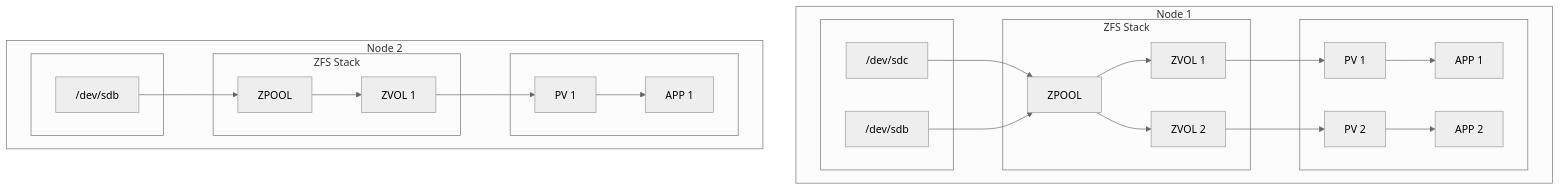
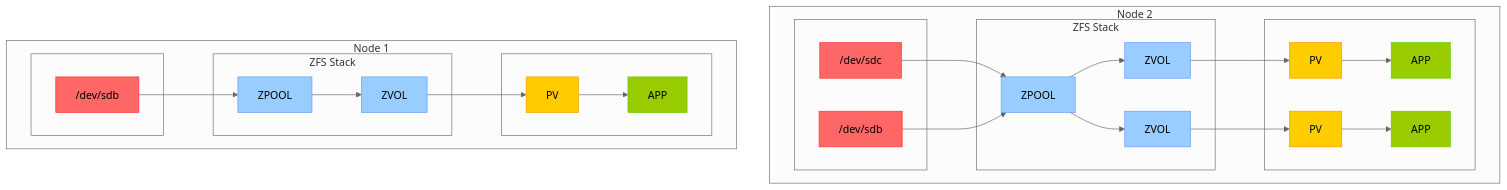
The diagram in README.md (openebs/zfs-localpv), drawn with Mermaid (neutral theme) before and after one commit. The commit also changed other lines of this file and 2 other files, not shown here.

Commit message:
chore: update changelog, release and readme

````diff
--- a/README.md
+++ b/README.md
@@ -33,32 +35,44 @@
 ```mermaid
 graph TD;
-  subgraph Node1["Node 1"]
-    subgraph K8S NODE 1[" "]
-      NODE_1_PV1["PV 1"] --> NODE_1_APP1["APP 1"]
-      NODE_1_PV2["PV 2"] --> NODE_1_APP2["APP 2"]
+  subgraph Node2["Node 2"]
+    subgraph K8S_NODE1[" "]
+      N1_PV1["PV"] --> N1_APP1["APP"]
+      N1_PV2["PV"] --> N1_APP2["APP"]
     end
-    subgraph ZFS Stack 2["ZFS Stack"]
-      ZPOOL_1_1 --> ZVOL1_1["ZVOL 1"]
-      ZPOOL_1_1 --> ZVOL3_1["ZVOL 2"]
-      ZVOL1_1["ZVOL 1"] --> NODE_1_PV1 
-      ZVOL3_1["ZVOL 2"] --> NODE_1_PV2
+    subgraph LVM_Stack2["ZFS Stack"]
+      V1_1 --> L1_1["ZVOL"]
+      V1_1 --> L3_1["ZVOL"]
+      L1_1 --> N1_PV1 
+      L3_1 --> N1_PV2
     end
     subgraph Blockdevices1[" "]
-      NODE_1_DISK_1["/dev/sdc"] --> ZPOOL_1_1["ZPOOL"]
-      NODE_1_DISK_2["/dev/sdb"] --> ZPOOL_1_1["ZPOOL"]
+      D1["/dev/sdc"] --> V1_1["ZPOOL"]
+      D2["/dev/sdb"] --> V1_1["ZPOOL"]
     end
   end
 
-  subgraph Node2["Node 2"]
-    subgraph K8S NODE 2[" "]
-      NODE_2_PV1["PV 1"] --> NODE_2_APP1["APP 1"]
+  subgraph Node1["Node 1"]
+    subgraph K8S_NODE2[" "]
+      N2_PV1["PV"] --> N2_APP1["APP"]
     end
-    subgraph ZFS Stack 1["ZFS Stack"]
-      ZPOOL_2_2 --> ZVOL_2_2["ZVOL 1"]
-      ZVOL_2_2["ZVOL 1"] --> NODE_2_PV1 
+    subgraph LVM_Stack1["ZFS Stack"]
+      V2_2 --> Z2_2["ZVOL"]
+      Z2_2 --> N2_PV1 
     end
     subgraph Blockdevices2[" "]
-      NODE_2_DISK["/dev/sdb"] --> ZPOOL_2_2["ZPOOL"]
+      D3["/dev/sdb"] --> V2_2["ZPOOL"]
     end
   end
+
+  classDef pv fill:#FFCC00,stroke:#FF9900,color:#000;
+  classDef app fill:#99CC00,stroke:#66CC00,color:#000;
+  classDef disk fill:#FF6666,stroke:#FF3333,color:#000;
+  classDef zfs fill:#99CCFF,stroke:#6699FF,color:#000;
+
+  class N1_PV1,N1_PV2,N2_PV1 pv;
+  class N1_APP1,N1_APP2,N2_APP1 app;
+  class D1,D2,D3 disk;
+  class V1_1,V2_2 zfs;
+  class L1_1,L3_1,Z2_2 zfs;
+
 ```
````
